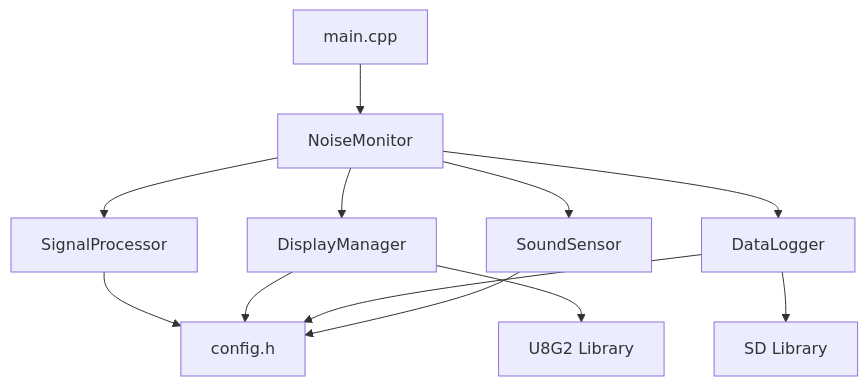
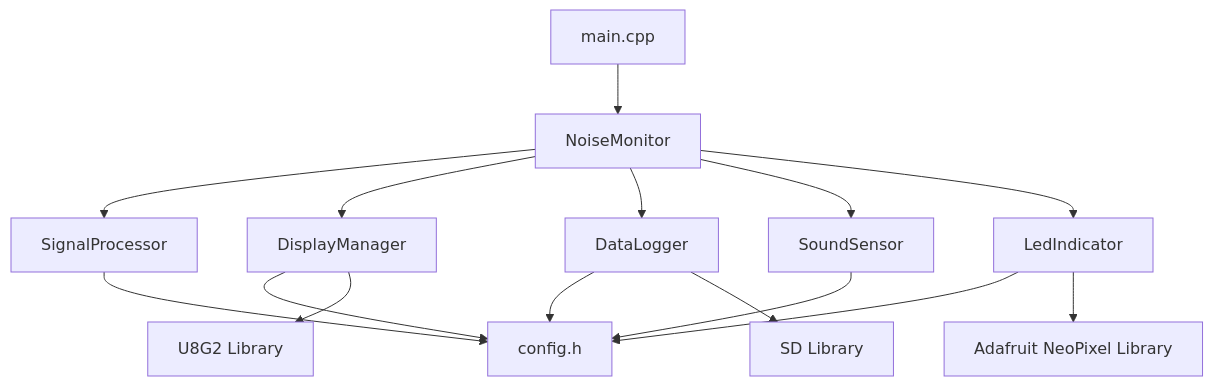
One commit to coloboxp/LoudTruth changed the diagram in doc/componentdeps.md. Above: the diagram before and after it, drawn with Mermaid. The commit also changed 10 other files, not shown here.

First line of the commit message:
feat: add NeoPixel LED strip visual feedback

````diff
--- a/doc/componentdeps.md
+++ b/doc/componentdeps.md
@@ -1,16 +1,19 @@
 ```mermaid
 graph TD
 A[main.cpp] --> B[NoiseMonitor]
 B --> C[SignalProcessor]
 B --> D[DisplayManager]
 B --> E[DataLogger]
 B --> F[SoundSensor]
+B --> J[LedIndicator]
 
-    C --> G[config.h]
-    D --> G
-    E --> G
-    F --> G
+C --> G[config.h]
+D --> G
+E --> G
+F --> G
+J --> G
 
-    D --> H[U8G2 Library]
-    E --> I[SD Library]
+D --> H[U8G2 Library]
+E --> I[SD Library]
+J --> K[Adafruit NeoPixel Library]
 ```
````
